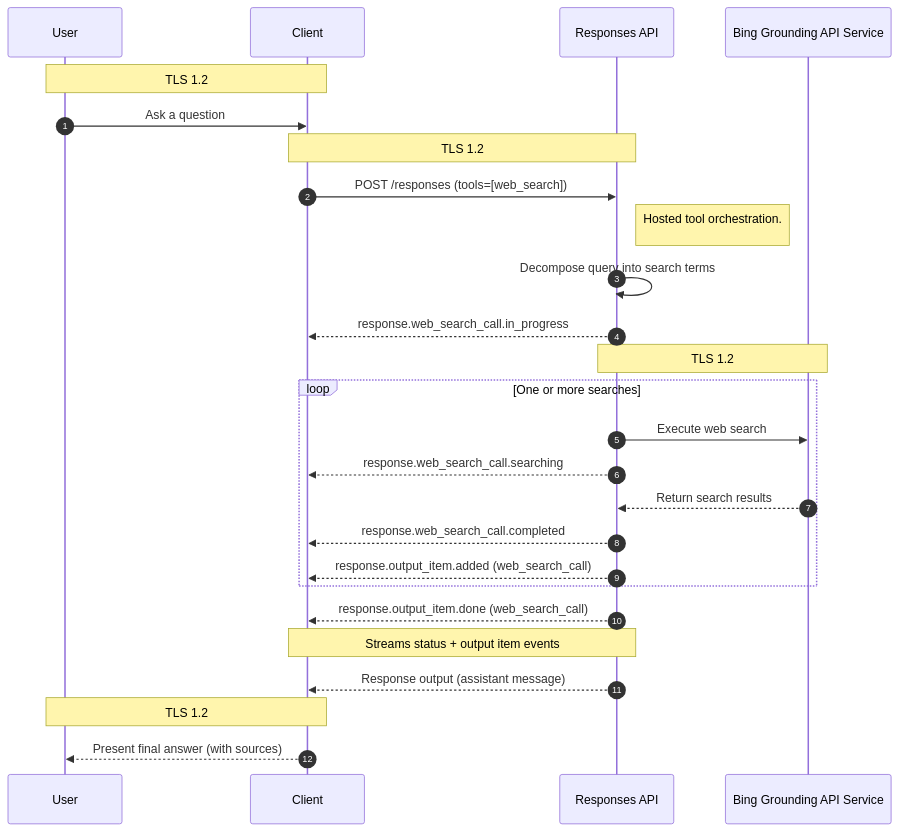
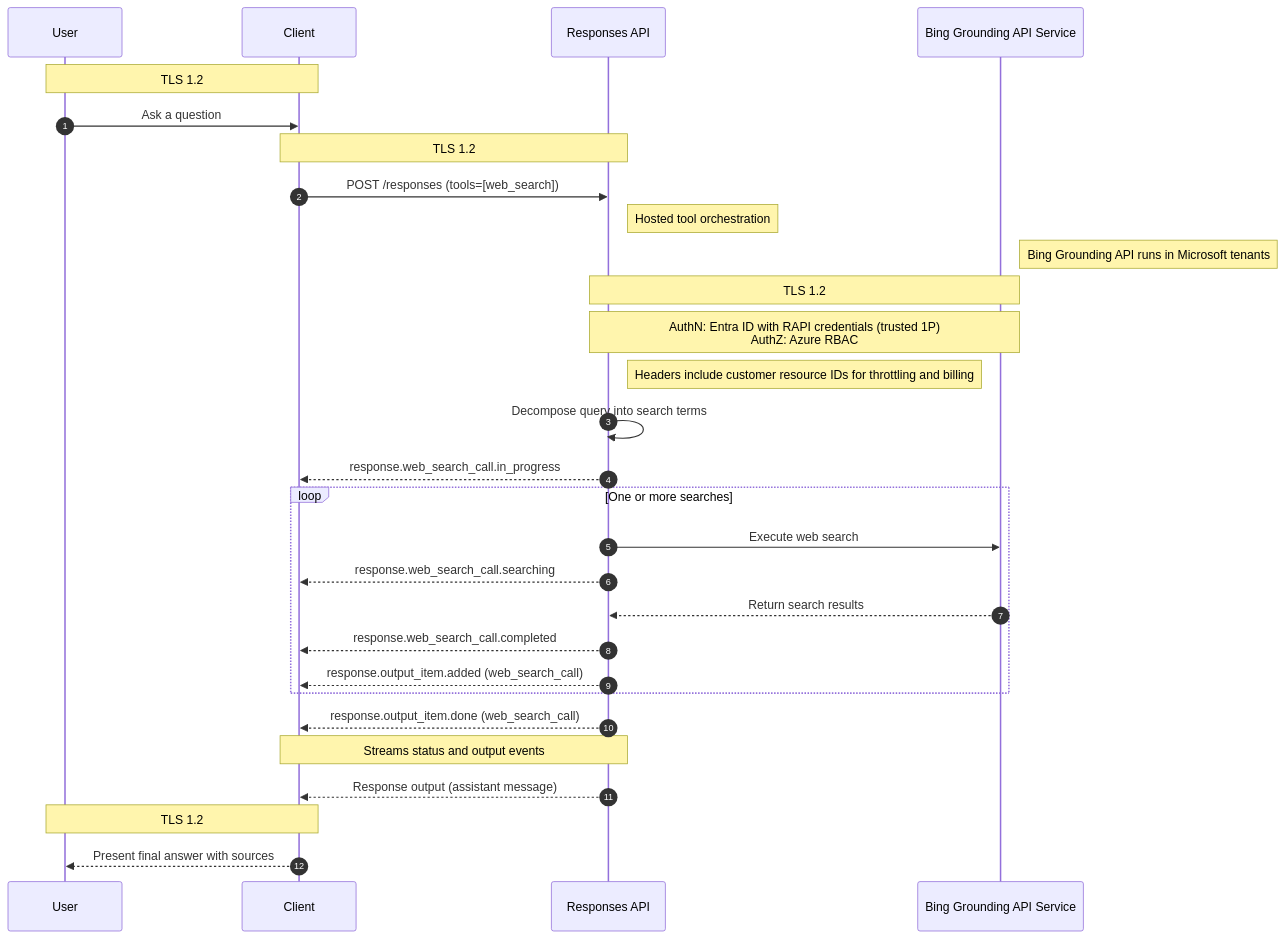
Before and after one commit to jakeatmsft/ai-foundry-craftkit: the diagram in Model_Usecases/web-search/network_flow.md, drawn with Mermaid. The commit also changed 4 other files, not shown here.

Commit message:
updated network flow, renamed files

````diff
--- a/Model_Usecases/web-search/network_flow.md
+++ b/Model_Usecases/web-search/network_flow.md
@@ -1,29 +1,33 @@
 ```mermaid
 sequenceDiagram
     autonumber
     participant User
     participant Client
     participant API as Responses API
     participant Bing as Bing Grounding API Service
 
     Note over User,Client: TLS 1.2
     User->>Client: Ask a question
     Note over Client,API: TLS 1.2
     Client->>API: POST /responses (tools=[web_search])
-    Note right of API: Hosted tool orchestration.<br/>
+    Note right of API: Hosted tool orchestration
+    Note right of Bing: Bing Grounding API runs in Microsoft tenants
+        Note over API,Bing: TLS 1.2
+    Note over API,Bing: AuthN: Entra ID with RAPI credentials (trusted 1P)<br/>AuthZ: Azure RBAC
+    Note left of Bing: Headers include customer resource IDs for throttling and billing
     API->>API: Decompose query into search terms
     API-->>Client: response.web_search_call.in_progress
-    Note over API,Bing: TLS 1.2
+
     loop One or more searches
         API->>Bing: Execute web search
         API-->>Client: response.web_search_call.searching
         Bing-->>API: Return search results
         API-->>Client: response.web_search_call.completed
         API-->>Client: response.output_item.added (web_search_call)
     end
     API-->>Client: response.output_item.done (web_search_call)
-    Note over API,Client: Streams status + output item events
+    Note over API,Client: Streams status and output events
     API-->>Client: Response output (assistant message)
     Note over User,Client: TLS 1.2
-    Client-->>User: Present final answer (with sources)
+    Client-->>User: Present final answer with sources
 ```
````
